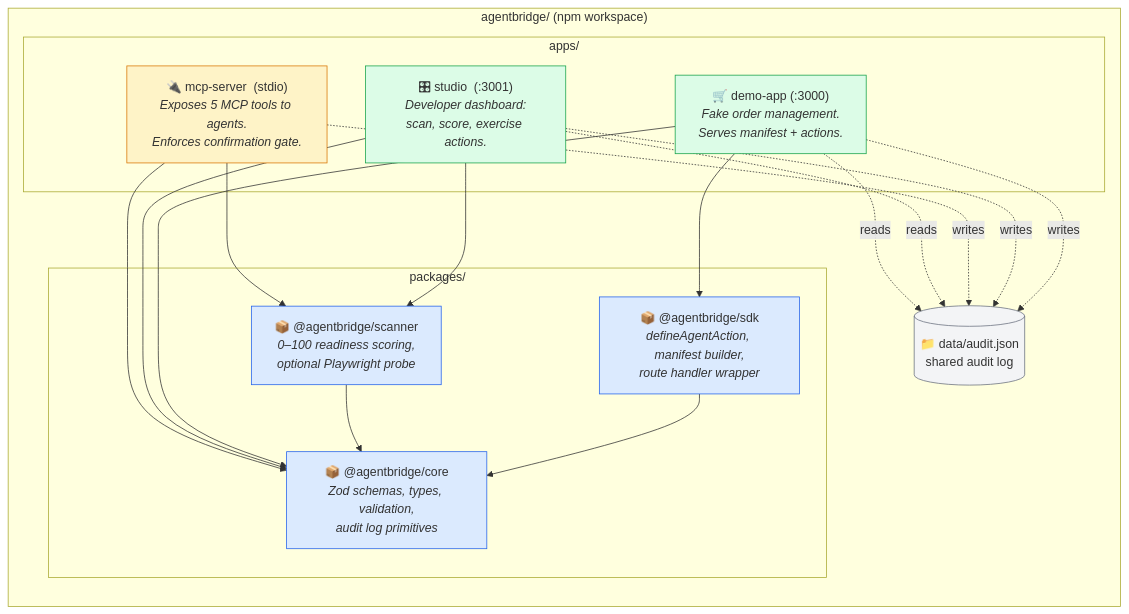
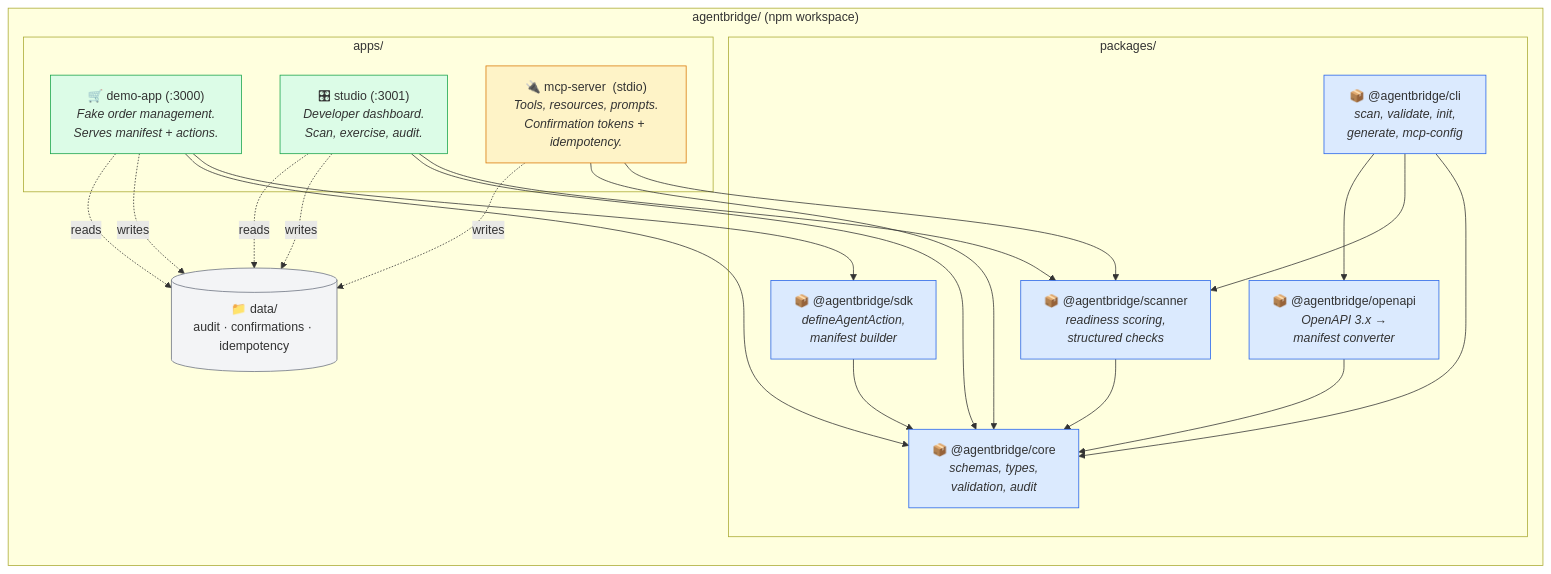
One commit to marmar9615-cloud/agentbridge-protocol changed the second of 3 diagrams in README.md. Above: the diagram before and after it, drawn with Mermaid. The commit also changed other lines of this file and 72 other files, not shown here.

First line of the commit message:
Phase 2: developer tooling — CLI, OpenAPI adapter, spec, MCP hardening, Studio polish

````diff
--- a/README.md
+++ b/README.md
@@ -114,43 +118,51 @@
 ```mermaid
 flowchart TB
     subgraph workspace["agentbridge/ (npm workspace)"]
         direction TB
 
         subgraph packages["packages/"]
-            CORE["📦 @agentbridge/core<br/><i>Zod schemas, types, validation,<br/>audit log primitives</i>"]
-            SDK["📦 @agentbridge/sdk<br/><i>defineAgentAction, manifest builder,<br/>route handler wrapper</i>"]
-            SCAN["📦 @agentbridge/scanner<br/><i>0–100 readiness scoring,<br/>optional Playwright probe</i>"]
+            CORE["📦 @agentbridge/core<br/><i>schemas, types,<br/>validation, audit</i>"]
+            SDK["📦 @agentbridge/sdk<br/><i>defineAgentAction,<br/>manifest builder</i>"]
+            SCAN["📦 @agentbridge/scanner<br/><i>readiness scoring,<br/>structured checks</i>"]
+            OAPI["📦 @agentbridge/openapi<br/><i>OpenAPI 3.x →<br/>manifest converter</i>"]
+            CLI["📦 @agentbridge/cli<br/><i>scan, validate, init,<br/>generate, mcp-config</i>"]
         end
 
         subgraph apps["apps/"]
             DEMO["🛒 demo-app  (:3000)<br/><i>Fake order management.<br/>Serves manifest + actions.</i>"]
-            STUDIO["🎛 studio  (:3001)<br/><i>Developer dashboard:<br/>scan, score, exercise actions.</i>"]
-            MCP["🔌 mcp-server  (stdio)<br/><i>Exposes 5 MCP tools to agents.<br/>Enforces confirmation gate.</i>"]
+            STUDIO["🎛 studio  (:3001)<br/><i>Developer dashboard.<br/>Scan, exercise, audit.</i>"]
+            MCP["🔌 mcp-server  (stdio)<br/><i>Tools, resources, prompts.<br/>Confirmation tokens + idempotency.</i>"]
         end
 
-        DATA[("📁 data/audit.json<br/>shared audit log")]
+        DATA[("📁 data/<br/>audit · confirmations · idempotency")]
     end
 
     SDK --> CORE
     SCAN --> CORE
+    OAPI --> CORE
+    CLI --> CORE
+    CLI --> SCAN
+    CLI --> OAPI
     DEMO --> SDK
     DEMO --> CORE
     STUDIO --> SCAN
     STUDIO --> CORE
     MCP --> SCAN
     MCP --> CORE
 
     DEMO -.writes.-> DATA
     STUDIO -.writes.-> DATA
     MCP -.writes.-> DATA
     STUDIO -.reads.-> DATA
     DEMO -.reads.-> DATA
 
     style CORE fill:#dbeafe,stroke:#2563eb
     style SDK fill:#dbeafe,stroke:#2563eb
     style SCAN fill:#dbeafe,stroke:#2563eb
+    style OAPI fill:#dbeafe,stroke:#2563eb
+    style CLI fill:#dbeafe,stroke:#2563eb
     style DEMO fill:#dcfce7,stroke:#16a34a
     style STUDIO fill:#dcfce7,stroke:#16a34a
     style MCP fill:#fef3c7,stroke:#d97706
     style DATA fill:#f3f4f6,stroke:#6b7280
 ```
````
